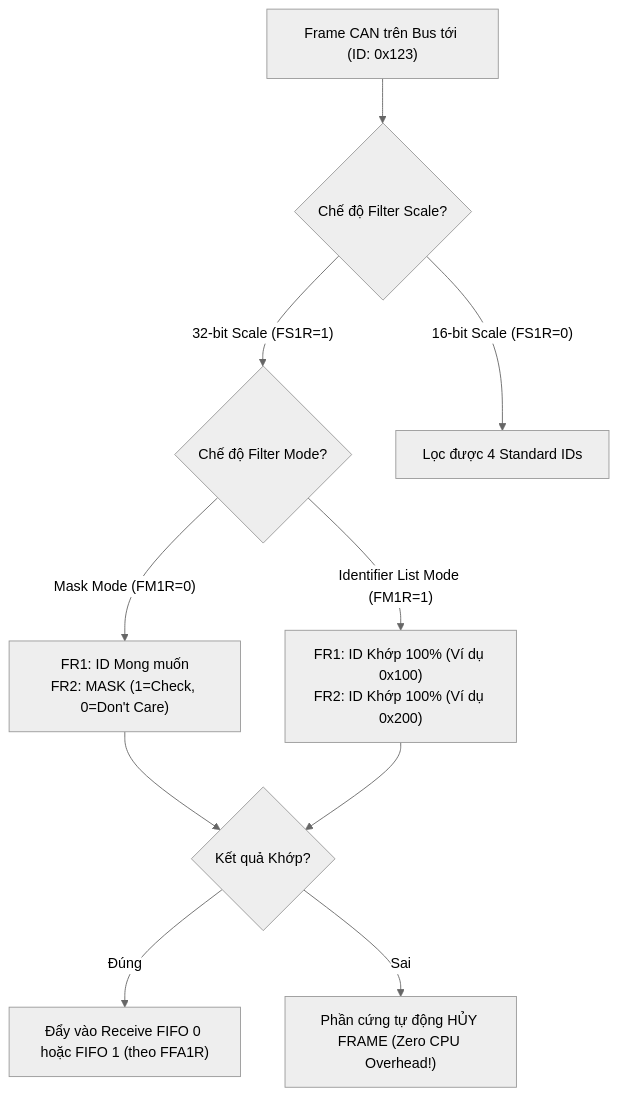
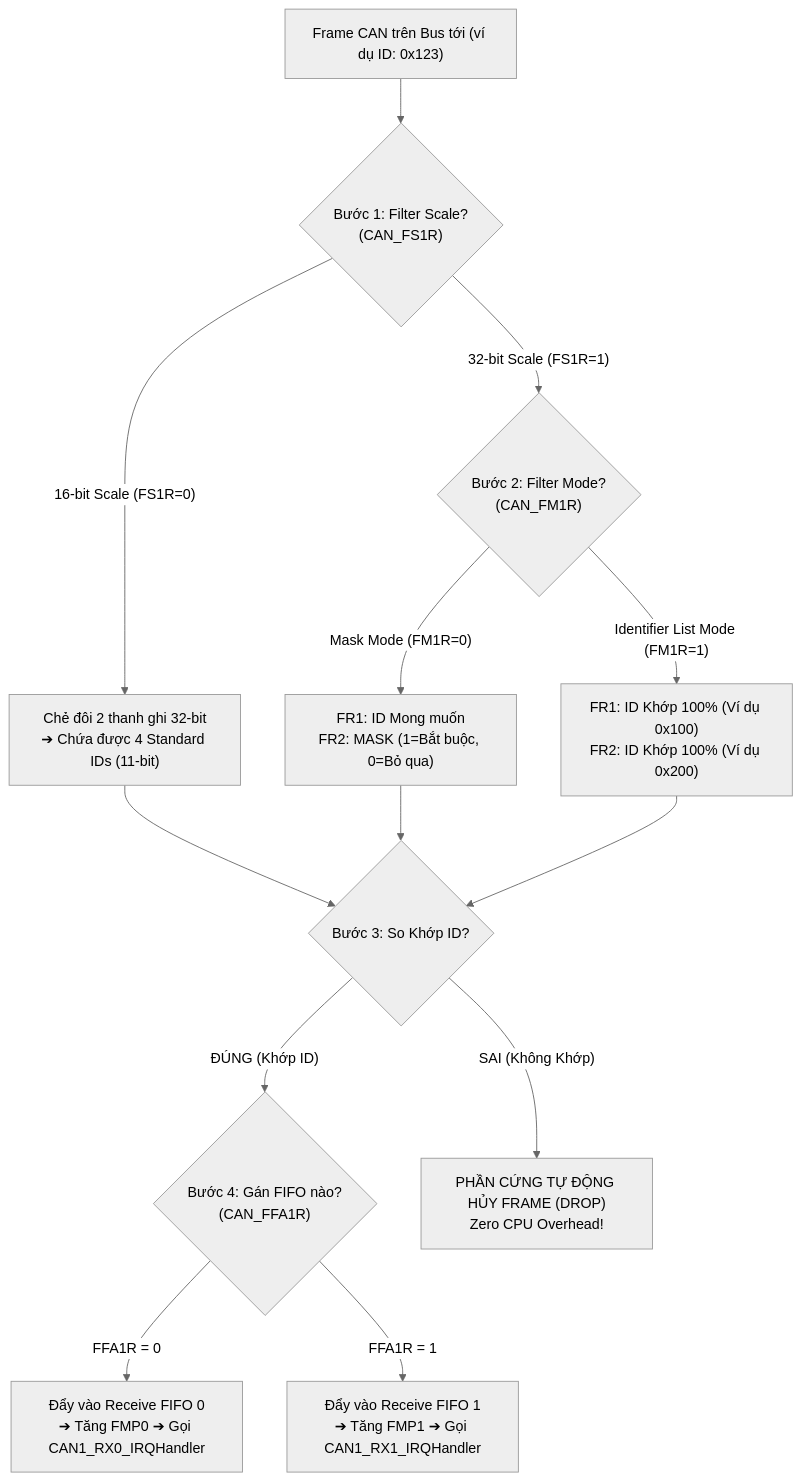
Before and after one commit to HuynhTran112/source: the first of 2 diagrams in day03_learning_guide.md, drawn with Mermaid (neutral theme). The commit also changed other lines of this file, not shown here.

````diff
--- a/day03_learning_guide.md
+++ b/day03_learning_guide.md
@@ -513,12 +533,15 @@
 ```mermaid
 graph TD
-    A["Frame CAN trên Bus tới (ID: 0x123)"] --> B{"Chế độ Filter Scale?"}
-    B -->|"32-bit Scale (FS1R=1)"| C{"Chế độ Filter Mode?"}
-    B -->|"16-bit Scale (FS1R=0)"| D["Lọc được 4 Standard IDs"]
-    C -->|"Mask Mode (FM1R=0)"| E["FR1: ID Mong muốn<br>FR2: MASK (1=Check, 0=Don't Care)"]
+    A["Frame CAN trên Bus tới (ví dụ ID: 0x123)"] --> B{"Bước 1: Filter Scale?<br>(CAN_FS1R)"}
+    B -->|"32-bit Scale (FS1R=1)"| C{"Bước 2: Filter Mode?<br>(CAN_FM1R)"}
+    B -->|"16-bit Scale (FS1R=0)"| D["Chẻ đôi 2 thanh ghi 32-bit<br>➔ Chứa được 4 Standard IDs (11-bit)"]
+    C -->|"Mask Mode (FM1R=0)"| E["FR1: ID Mong muốn<br>FR2: MASK (1=Bắt buộc, 0=Bỏ qua)"]
     C -->|"Identifier List Mode (FM1R=1)"| F["FR1: ID Khớp 100% (Ví dụ 0x100)<br>FR2: ID Khớp 100% (Ví dụ 0x200)"]
-    E --> G{"Kết quả Khớp?"}
+    D --> G{"Bước 3: So Khớp ID?"}
+    E --> G
     F --> G
-    G -->|Đúng| H["Đẩy vào Receive FIFO 0 hoặc FIFO 1 (theo FFA1R)"]
-    G -->|Sai| I["Phần cứng tự động HỦY FRAME (Zero CPU Overhead!)"]
+    G -->|"ĐÚNG (Khớp ID)"| H{"Bước 4: Gán FIFO nào?<br>(CAN_FFA1R)"}
+    G -->|"SAI (Không Khớp)"| I["PHẦN CỨNG TỰ ĐỘNG HỦY FRAME (DROP)<br>Zero CPU Overhead!"]
+    H -->|"FFA1R = 0"| J["Đẩy vào Receive FIFO 0<br>➔ Tăng FMP0 ➔ Gọi CAN1_RX0_IRQHandler"]
+    H -->|"FFA1R = 1"| K["Đẩy vào Receive FIFO 1<br>➔ Tăng FMP1 ➔ Gọi CAN1_RX1_IRQHandler"]
 ```
````
